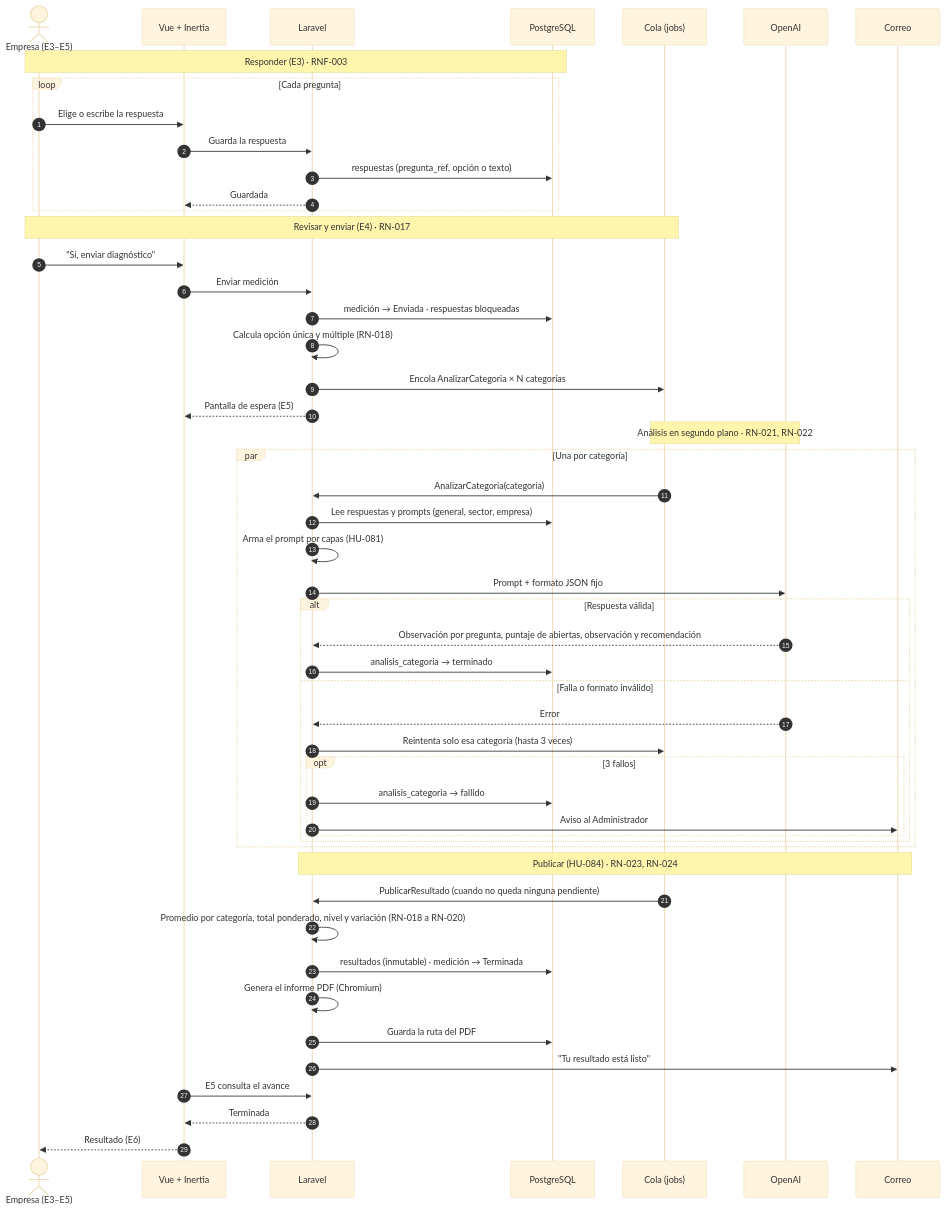
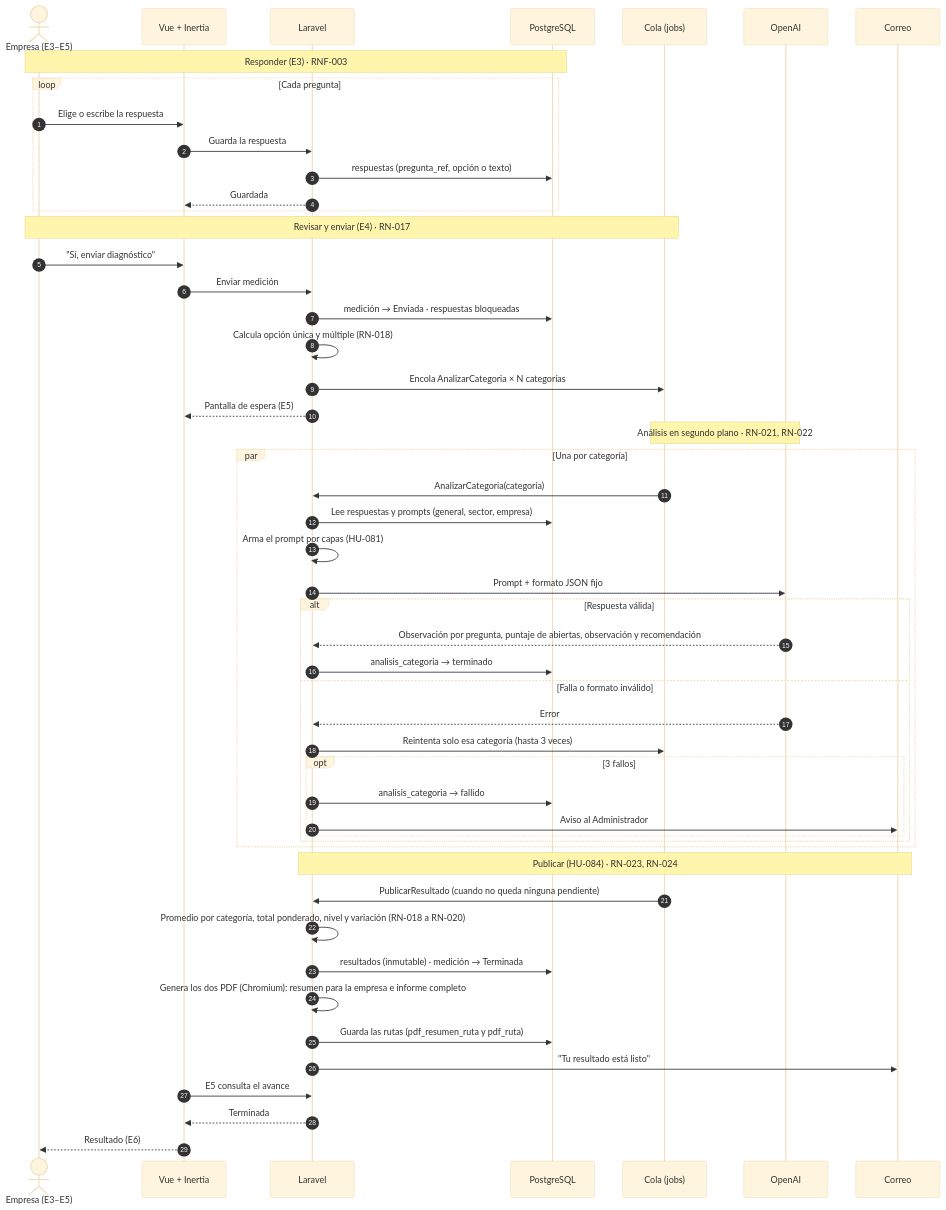
Before and after one commit to mensajesfront-commits/DiagnosTICo: the first of 5 diagrams in docs/09_FLUJOS_DEL_SISTEMA.md, drawn with Mermaid (base theme). The commit also changed other lines of this file and 33 other files, not shown here.

````diff
--- a/docs/09_FLUJOS_DEL_SISTEMA.md
+++ b/docs/09_FLUJOS_DEL_SISTEMA.md
@@ -11,57 +11,57 @@
 ```mermaid
 sequenceDiagram
     autonumber
     actor E as Empresa (E3–E5)
     participant V as Vue + Inertia
     participant L as Laravel
     participant BD as PostgreSQL
     participant C as Cola (jobs)
     participant IA as OpenAI
     participant M as Correo
 
     Note over E,BD: Responder (E3) · RNF-003
     loop Cada pregunta
         E->>V: Elige o escribe la respuesta
         V->>L: Guarda la respuesta
         L->>BD: respuestas (pregunta_ref, opción o texto)
         L-->>V: Guardada
     end
 
     Note over E,C: Revisar y enviar (E4) · RN-017
     E->>V: "Sí, enviar diagnóstico"
     V->>L: Enviar medición
     L->>BD: medición → Enviada · respuestas bloqueadas
     L->>L: Calcula opción única y múltiple (RN-018)
     L->>C: Encola AnalizarCategoria × N categorías
     L-->>V: Pantalla de espera (E5)
 
     Note over C,IA: Análisis en segundo plano · RN-021, RN-022
     par Una por categoría
         C->>L: AnalizarCategoria(categoría)
         L->>BD: Lee respuestas y prompts (general, sector, empresa)
         L->>L: Arma el prompt por capas (HU-081)
         L->>IA: Prompt + formato JSON fijo
         alt Respuesta válida
             IA-->>L: Observación por pregunta, puntaje de abiertas, observación y recomendación
             L->>BD: analisis_categoria → terminado
         else Falla o formato inválido
             IA-->>L: Error
             L->>C: Reintenta solo esa categoría (hasta 3 veces)
             opt 3 fallos
                 L->>BD: analisis_categoria → fallido
                 L->>M: Aviso al Administrador
             end
         end
     end
 
     Note over L,M: Publicar (HU-084) · RN-023, RN-024
     C->>L: PublicarResultado (cuando no queda ninguna pendiente)
     L->>L: Promedio por categoría, total ponderado, nivel y variación (RN-018 a RN-020)
     L->>BD: resultados (inmutable) · medición → Terminada
-    L->>L: Genera el informe PDF (Chromium)
-    L->>BD: Guarda la ruta del PDF
+    L->>L: Genera los dos PDF (Chromium): resumen para la empresa e informe completo
+    L->>BD: Guarda las rutas (pdf_resumen_ruta y pdf_ruta)
     L->>M: "Tu resultado está listo"
     V->>L: E5 consulta el avance
     L-->>V: Terminada
     V-->>E: Resultado (E6)
 ```
````
